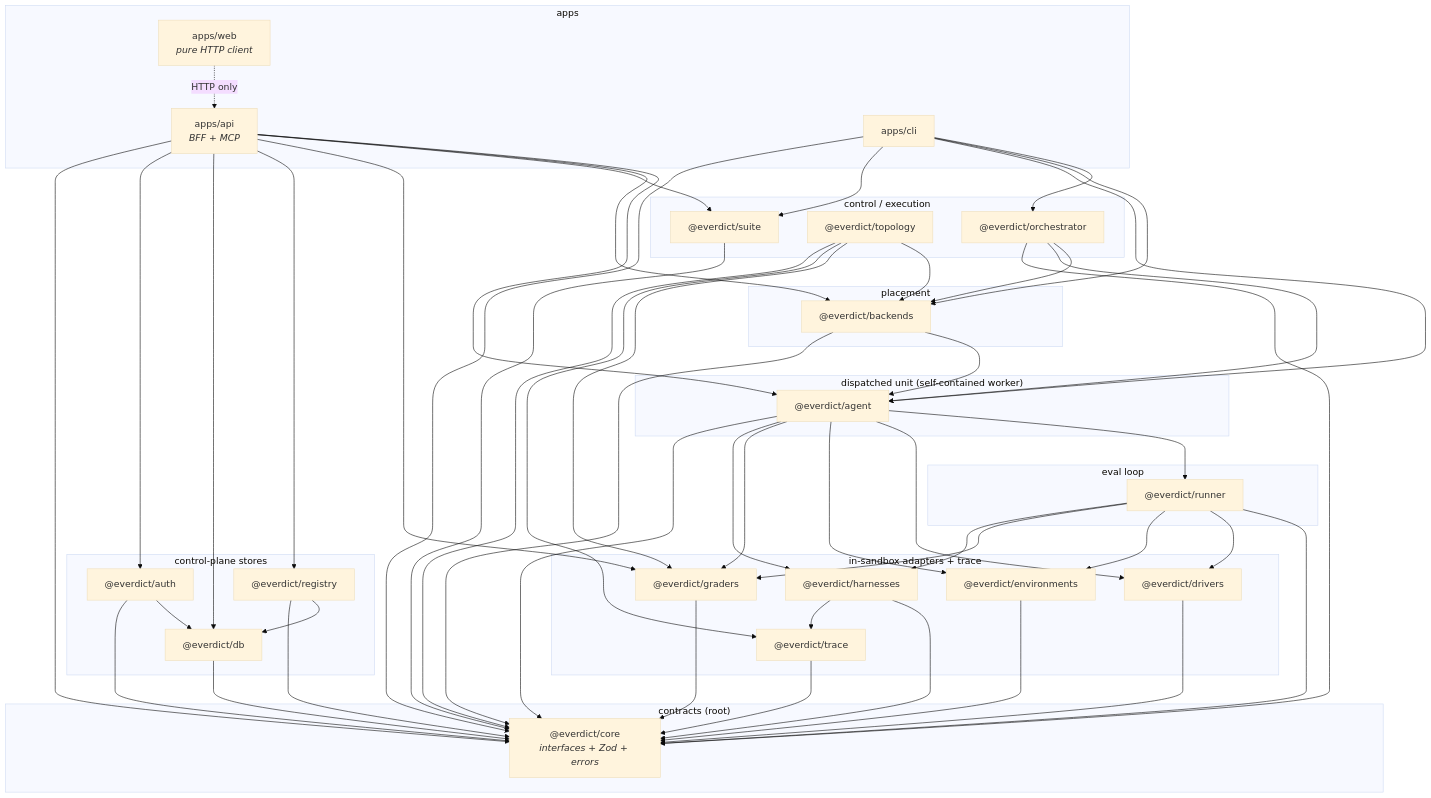
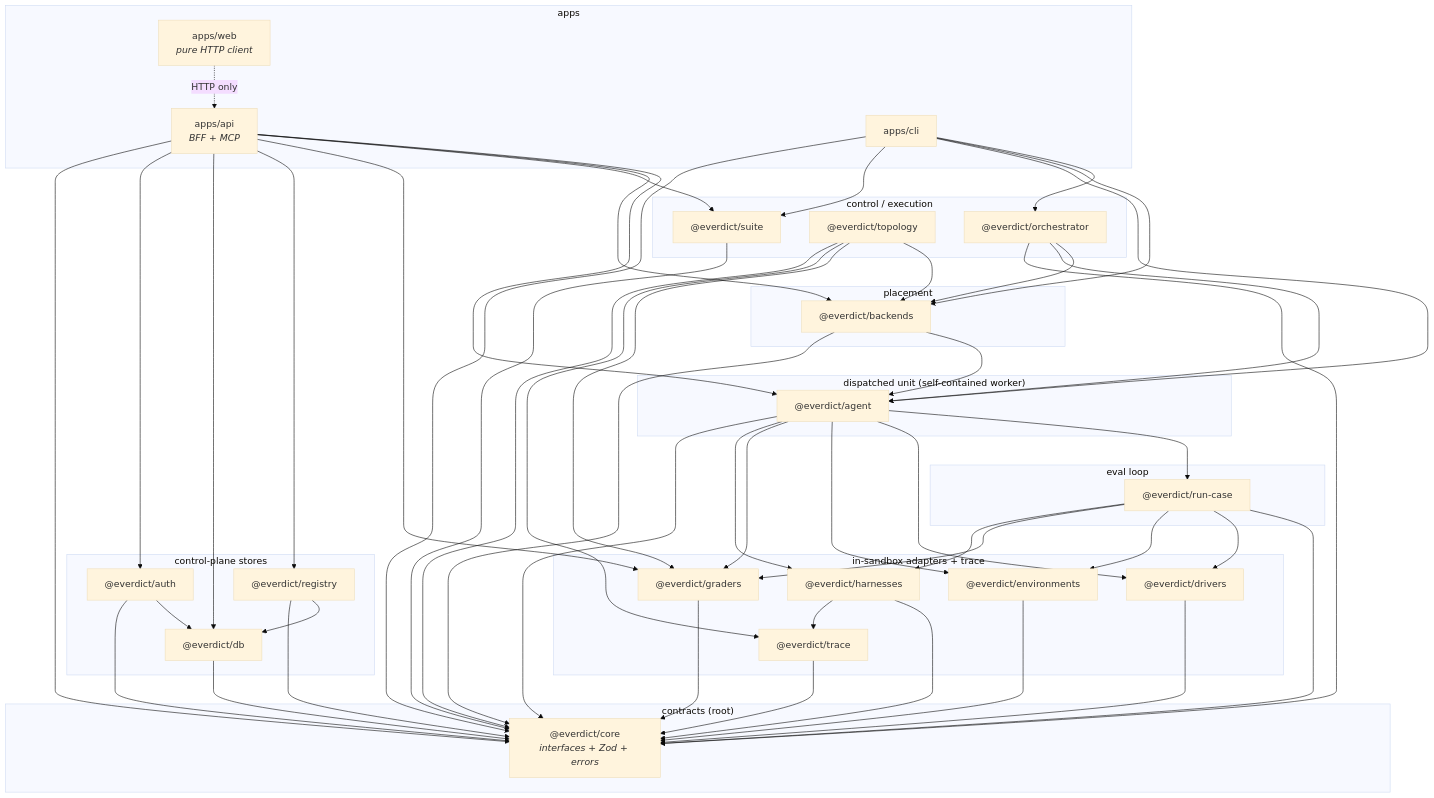
The first of 24 diagrams in docs/architecture/collaboration.md (everdict/everdict), drawn with Mermaid (base theme) before and after one commit. The commit also changed other lines of this file and 42 other files, not shown here.

First line of the commit message:
refactor: rename runner->run-case and runner-core->self-hosted-runner

```diff
--- a/docs/architecture/collaboration.md
+++ b/docs/architecture/collaboration.md
@@ -41,7 +41,7 @@
   end
 
   subgraph L2["eval loop"]
-    runner["@everdict/runner"]
+    runner["@everdict/run-case"]
   end
 
   subgraph L3["dispatched unit (self-contained worker)"]
```
